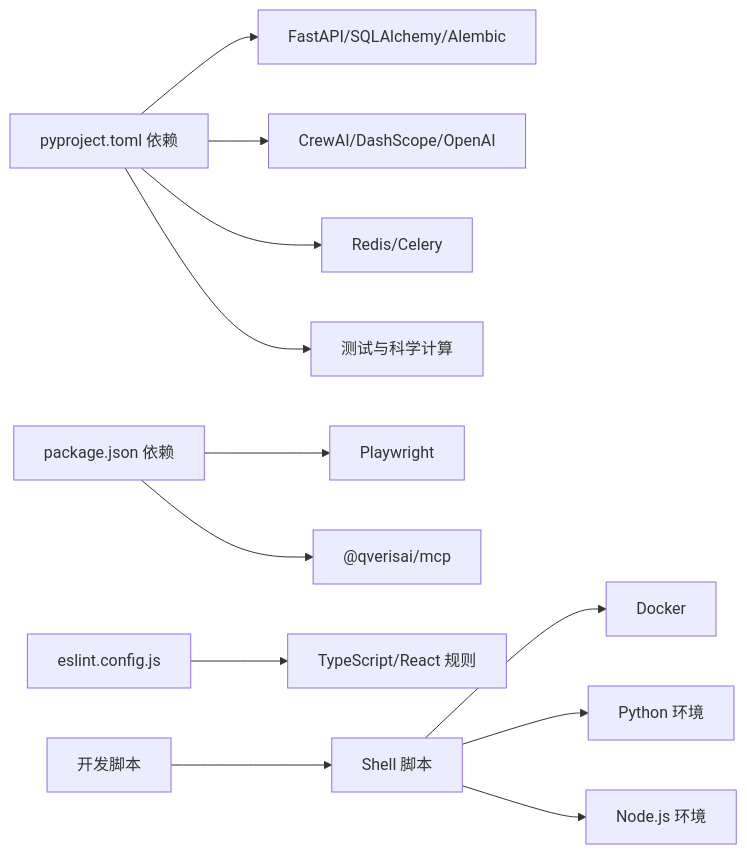
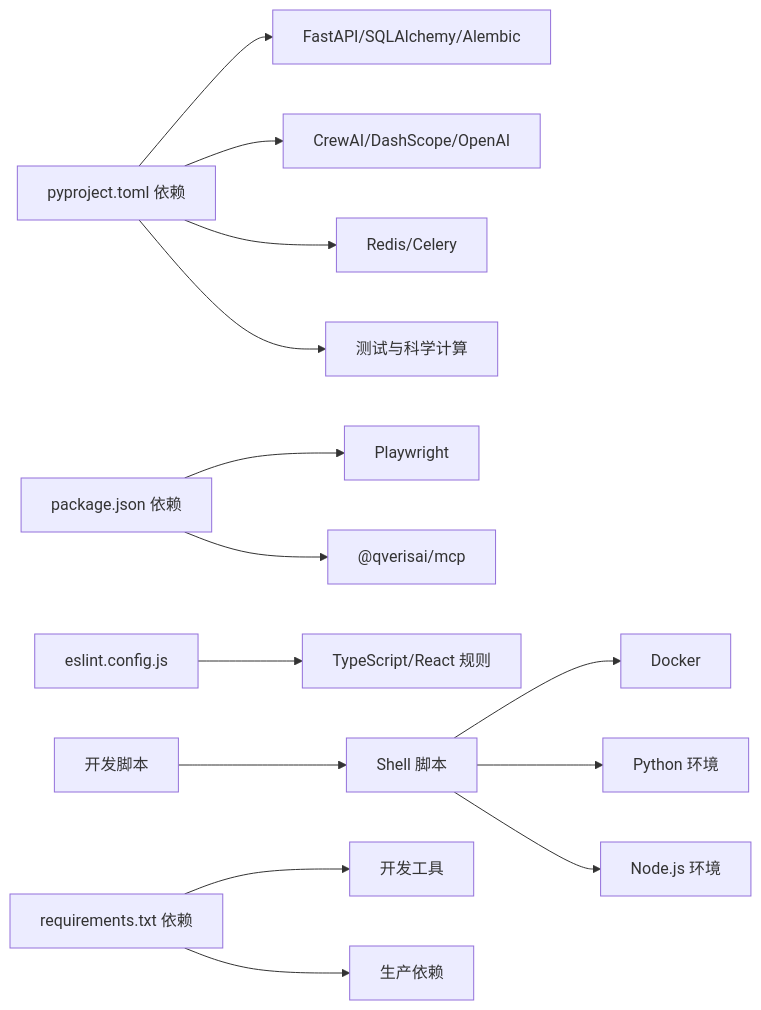
Before and after one commit to xfbyxq/ai-novel-system: the fourth of 4 diagrams in .qoder/repowiki/zh/content/开发者指南/开发者指南.md, drawn with Mermaid. The commit also changed other lines of this file and 12 other files, not shown here.

````diff
--- a/.qoder/repowiki/zh/content/开发者指南/开发者指南.md
+++ b/.qoder/repowiki/zh/content/开发者指南/开发者指南.md
@@ -460,14 +501,16 @@
 ```mermaid
 graph LR
 P["pyproject.toml 依赖"] --> F["FastAPI/SQLAlchemy/Alembic"]
 P --> L["CrewAI/DashScope/OpenAI"]
 P --> Q["Redis/Celery"]
 P --> T["测试与科学计算"]
 J["package.json 依赖"] --> PW["Playwright"]
 J --> MCP["@qverisai/mcp"]
 E["eslint.config.js"] --> TS["TypeScript/React 规则"]
 S["开发脚本"] --> SH["Shell 脚本"]
 SH --> DC["Docker"]
 SH --> PY["Python 环境"]
 SH --> NODE["Node.js 环境"]
+RT["requirements.txt 依赖"] --> DEV["开发工具"]
+RT --> PROD["生产依赖"]
 ```
````
